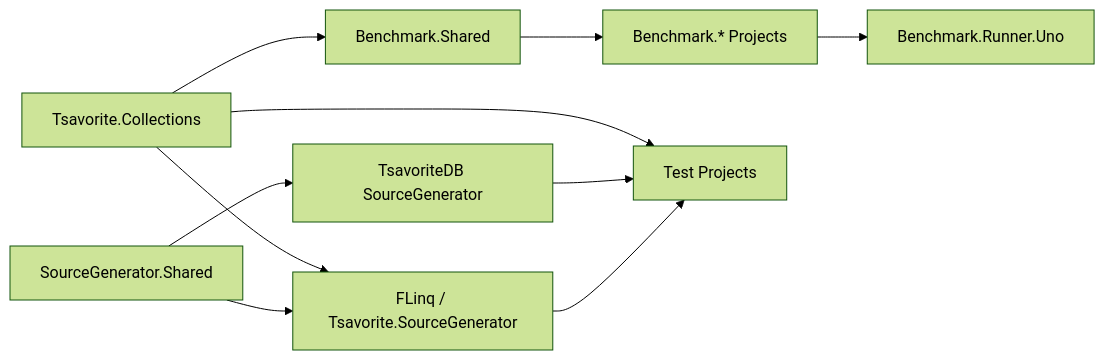
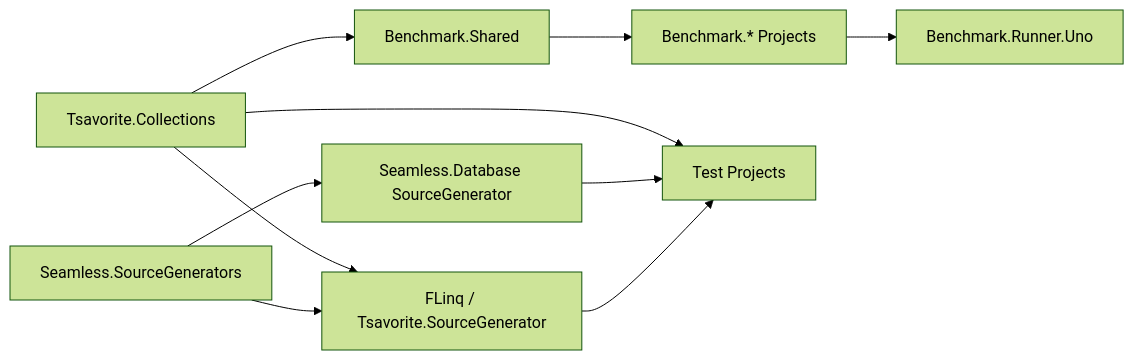
The diagram in Document/Code/Internal/StructuralDiagrams/ComponentDiagram.md (AloneCraft/Seamless), drawn with Mermaid (forest theme) before and after one commit. The commit also changed other lines of this file and 709 other files, not shown here.

Commit message:
Chart表示

````diff
--- a/Document/Code/Internal/StructuralDiagrams/ComponentDiagram.md
+++ b/Document/Code/Internal/StructuralDiagrams/ComponentDiagram.md
@@ -17,21 +17,21 @@
 ```mermaid
 flowchart LR
-    Shared[SourceGenerator.Shared]
+    Shared[Seamless.SourceGenerators]
     FLinq[FLinq / Tsavorite.SourceGenerator]
-    DB[TsavoriteDB SourceGenerator]
+    DB[Seamless.Database SourceGenerator]
     Collections[Tsavorite.Collections]
     BenchShared[Benchmark.Shared]
     BenchProjects[Benchmark.* Projects]
     Tests[Test Projects]
     Uno[Benchmark.Runner.Uno]
 
     Shared --> FLinq
     Shared --> DB
     Collections --> FLinq
     Collections --> BenchShared
     FLinq --> Tests
     DB --> Tests
     Collections --> Tests
     BenchShared --> BenchProjects
     BenchProjects --> Uno
 ```
````
